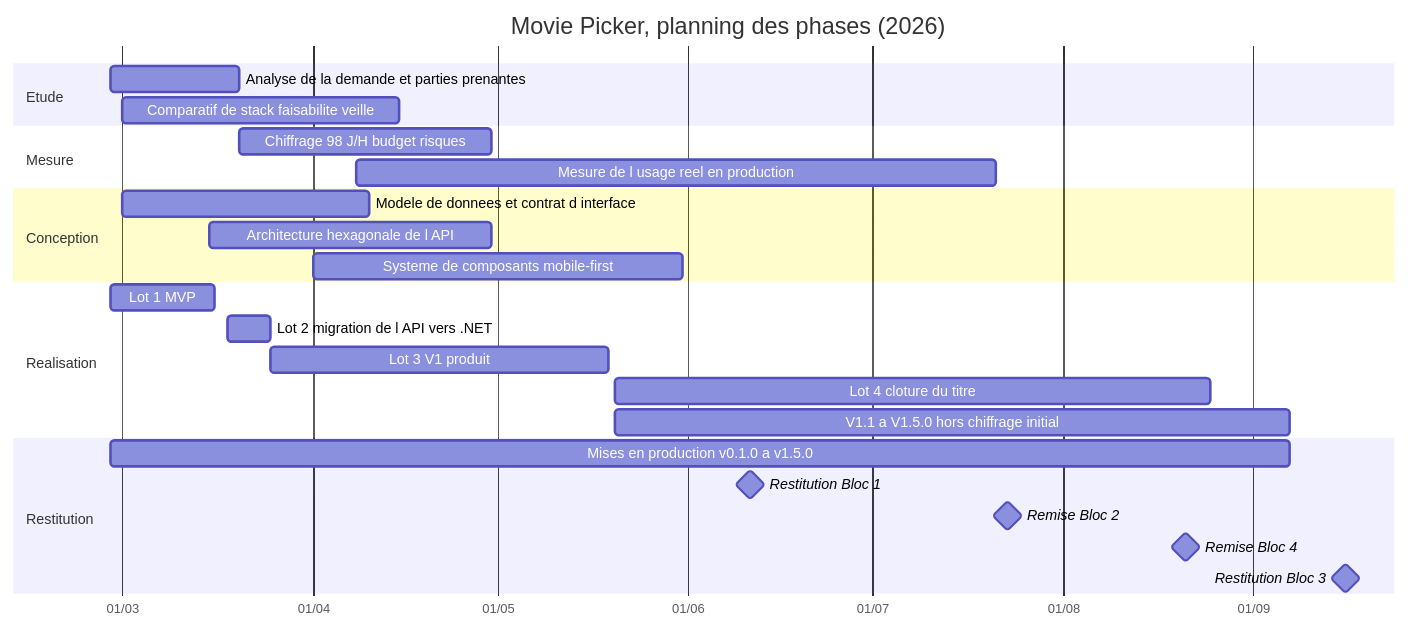
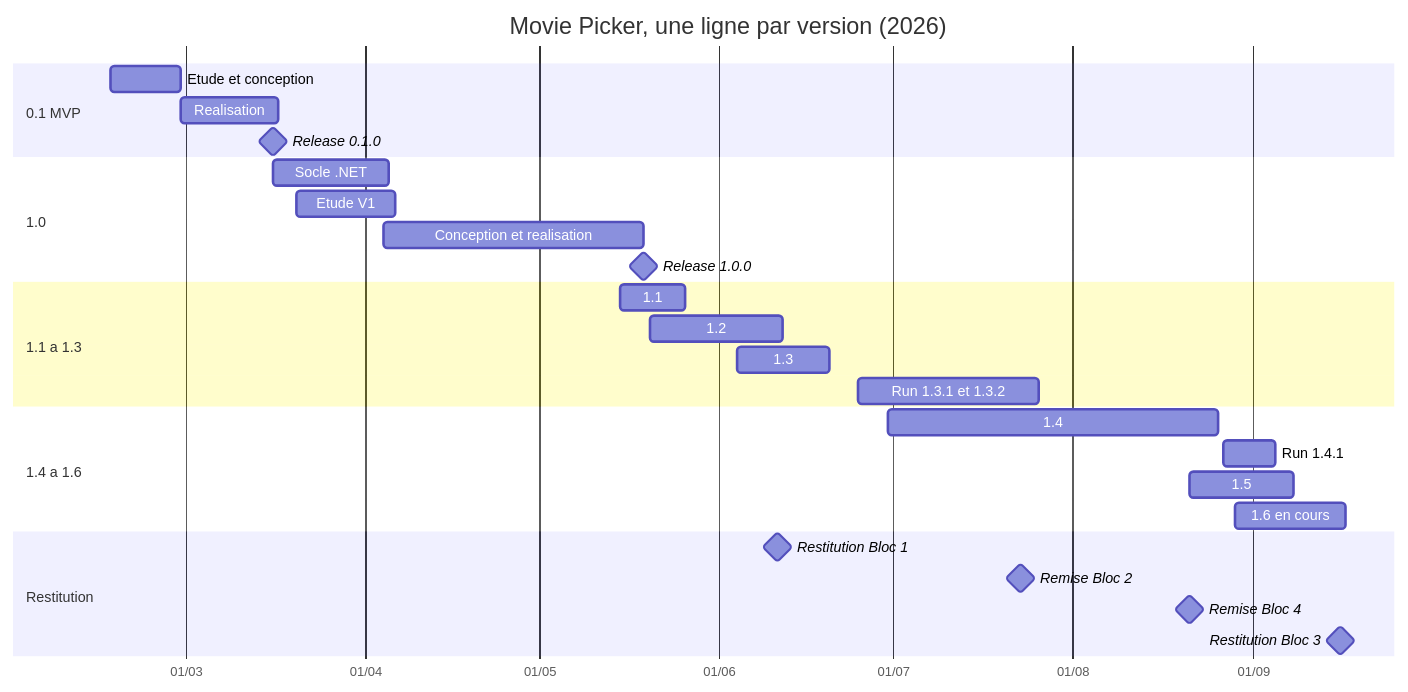
The diagram in docs/RNCP/bloc-3-coordination-pilotage/01-planification.md (Affy657/Movie-Picker), drawn with Mermaid before and after one commit. The commit also changed other lines of this file and 9 other files, not shown here.

````diff
--- a/docs/RNCP/bloc-3-coordination-pilotage/01-planification.md
+++ b/docs/RNCP/bloc-3-coordination-pilotage/01-planification.md
@@ -109,34 +134,36 @@
 ```mermaid
 gantt
-    title Movie Picker, planning des phases (2026)
+    title Movie Picker, une ligne par version (2026)
     dateFormat YYYY-MM-DD
     axisFormat %d/%m
     todayMarker off
 
-    section Etude
-    Analyse de la demande et parties prenantes  :2026-02-27, 21d
-    Comparatif de stack faisabilite veille      :2026-03-01, 45d
+    section 0.1 MVP
+    Etude et conception          :2026-02-16, 12d
+    Realisation                  :2026-02-28, 17d
+    Release 0.1.0                :milestone, 2026-03-16, 0d
 
-    section Mesure
-    Chiffrage 98 J/H budget risques             :2026-03-20, 41d
-    Mesure de l usage reel en production        :2026-04-08, 104d
+    section 1.0
+    Socle .NET                   :2026-03-16, 20d
+    Etude V1                     :2026-03-20, 17d
+    Conception et realisation    :2026-04-04, 45d
+    Release 1.0.0                :milestone, 2026-05-19, 0d
 
-    section Conception
-    Modele de donnees et contrat d interface    :2026-03-01, 40d
-    Architecture hexagonale de l API            :2026-03-15, 46d
-    Systeme de composants mobile-first          :2026-04-01, 60d
+    section 1.1 a 1.3
+    1.1                          :2026-05-15, 11d
+    1.2                          :2026-05-20, 23d
+    1.3                          :2026-06-04, 16d
+    Run 1.3.1 et 1.3.2           :2026-06-25, 31d
 
-    section Realisation
-    Lot 1 MVP                                   :2026-02-27, 17d
-    Lot 2 migration de l API vers .NET          :2026-03-18, 7d
-    Lot 3 V1 produit                            :2026-03-25, 55d
-    Lot 4 cloture du titre                      :2026-05-20, 97d
-    V1.1 a V1.5.0 hors chiffrage initial        :2026-05-20, 110d
+    section 1.4 a 1.6
+    1.4                          :2026-06-30, 57d
+    Run 1.4.1                    :2026-08-27, 9d
+    1.5                          :2026-08-21, 18d
+    1.6 en cours                 :2026-08-29, 19d
 
     section Restitution
-    Mises en production v0.1.0 a v1.5.0         :2026-02-27, 192d
-    Restitution Bloc 1                         :milestone, 2026-06-11, 0d
-    Remise Bloc 2                              :milestone, 2026-07-23, 0d
-    Remise Bloc 4                              :milestone, 2026-08-21, 0d
-    Restitution Bloc 3                         :milestone, 2026-09-16, 0d
+    Restitution Bloc 1           :milestone, 2026-06-11, 0d
+    Remise Bloc 2                :milestone, 2026-07-23, 0d
+    Remise Bloc 4                :milestone, 2026-08-21, 0d
+    Restitution Bloc 3           :milestone, 2026-09-16, 0d
 ```
````
